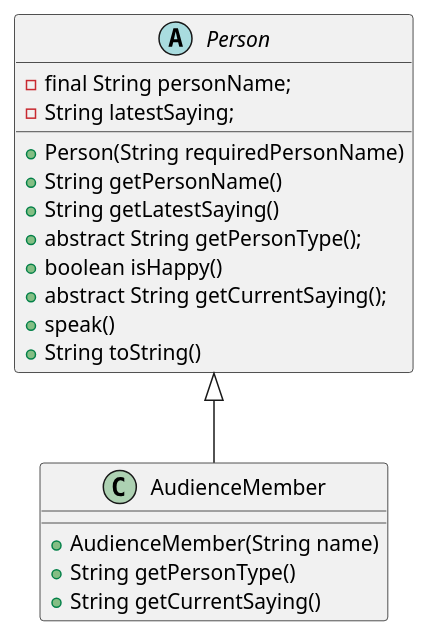
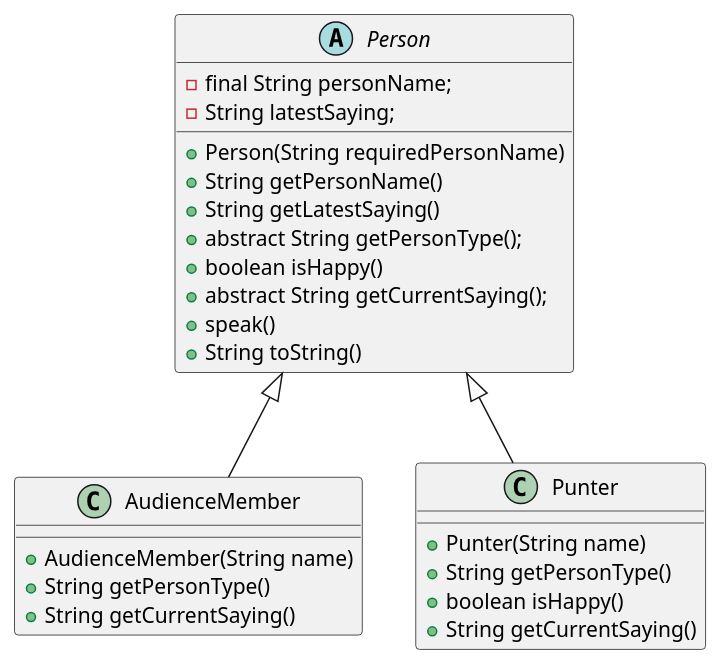
One commit to AdrChm/JJIT changed the diagram in NationalLottery/src/NationalLottery.puml. Above: the diagram before and after it, drawn with PlantUML.

Commit message:
16.5.1 National game UML - Punter class

```diff
--- a/NationalLottery/src/NationalLottery.puml
+++ b/NationalLottery/src/NationalLottery.puml
@@ -1,22 +1,30 @@
 @startuml
 abstract class Person
 {
     - final String personName;
     - String latestSaying;
     + Person(String requiredPersonName)
     + String getPersonName()
     + String getLatestSaying()
     + abstract String getPersonType();
     + boolean isHappy()
     + abstract String getCurrentSaying();
     + speak()
     + String toString()
 }
 
 class AudienceMember extends Person
 {
     + AudienceMember(String name)
     + String getPersonType()
     + String getCurrentSaying()
 }
+
+class Punter extends Person
+{
+    + Punter(String name)
+    + String getPersonType()
+    + boolean isHappy()
+    + String getCurrentSaying()
+}
 @enduml
```
